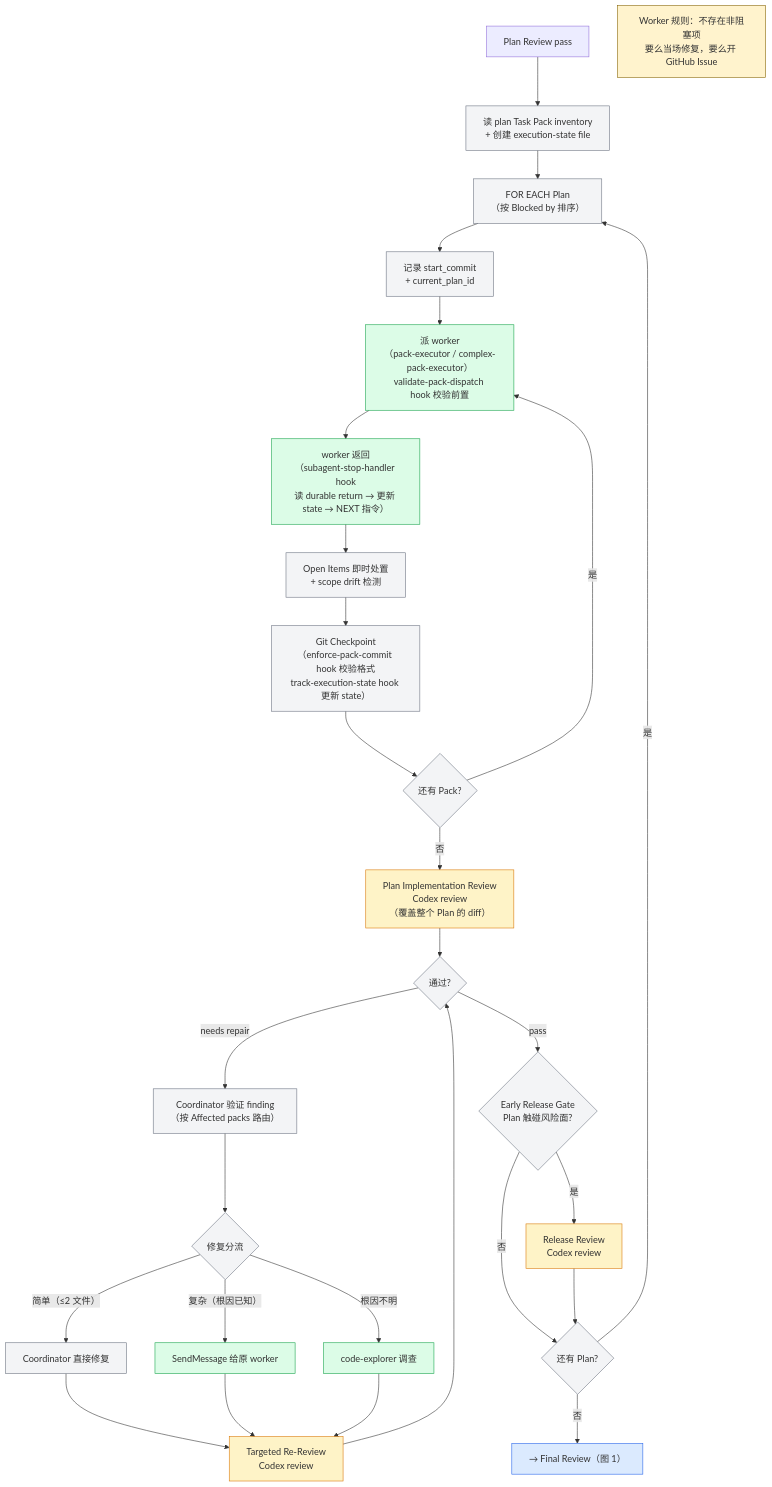
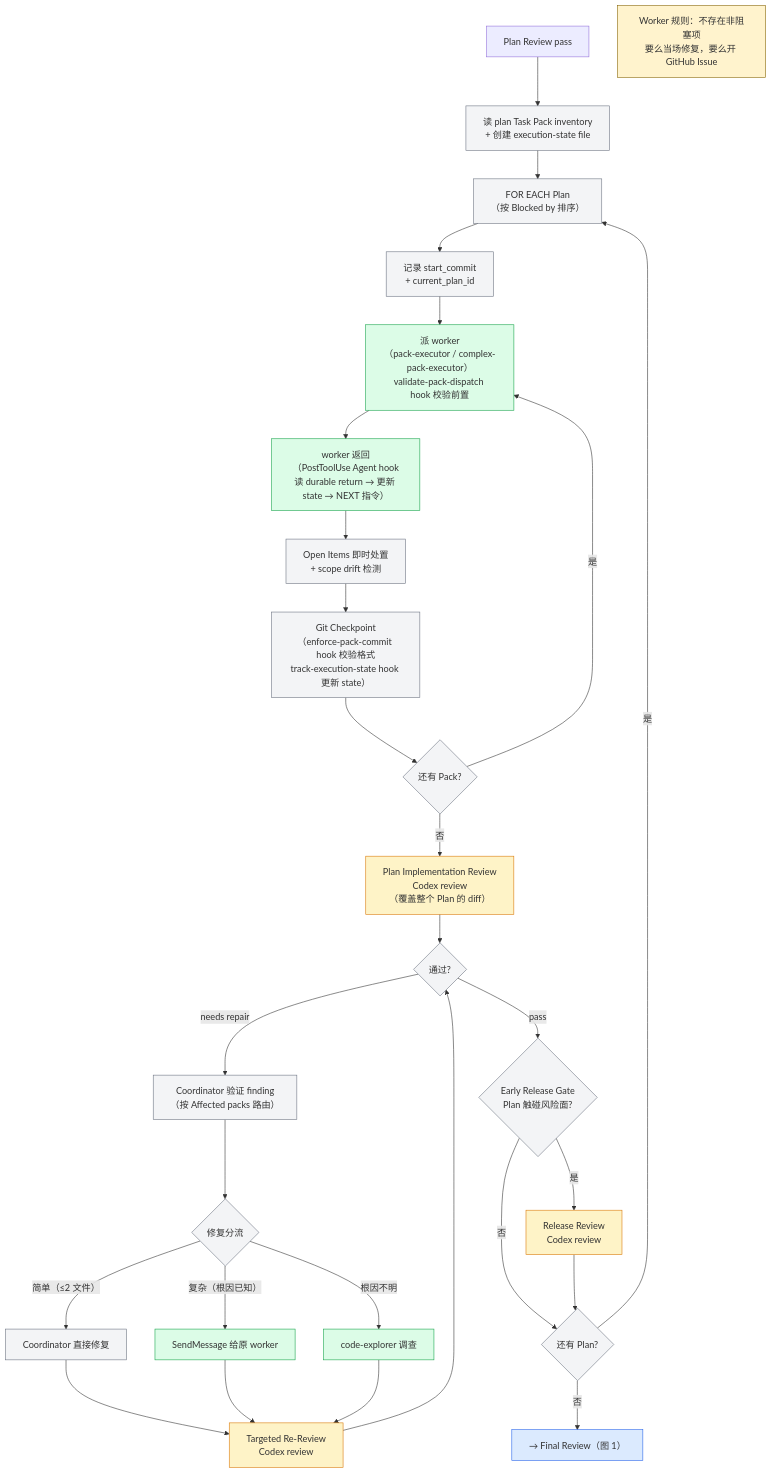
Before and after one commit to chancheuklap/multi-model-workflow: the second of 4 diagrams in plugin-v2/architecture-draft.md, drawn with Mermaid. The commit also changed other lines of this file and 9 other files, not shown here.

First line of the commit message:
fix: SubagentStop → PostToolUse Agent + Codex 审查修复

````diff
--- a/plugin-v2/architecture-draft.md
+++ b/plugin-v2/architecture-draft.md
@@ -101,39 +101,39 @@
 ```mermaid
 flowchart TD
     classDef skill fill:#dbeafe,stroke:#2563eb
     classDef agent fill:#dcfce7,stroke:#16a34a
     classDef review fill:#fef3c7,stroke:#d97706
     classDef coord fill:#f3f4f6,stroke:#6b7280
 
     A["Plan Review pass"] --> B["读 plan Task Pack inventory\n+ 创建 execution-state file"]:::coord
     B --> PL["FOR EACH Plan\n（按 Blocked by 排序）"]:::coord
     PL --> SC["记录 start_commit\n+ current_plan_id"]:::coord
     SC --> C["派 worker\n（pack-executor / complex-pack-executor）\nvalidate-pack-dispatch hook 校验前置"]:::agent
-    C --> D["worker 返回\n（subagent-stop-handler hook\n读 durable return → 更新 state → NEXT 指令）"]:::agent
+    C --> D["worker 返回\n（PostToolUse Agent hook\n读 durable return → 更新 state → NEXT 指令）"]:::agent
     D --> OI["Open Items 即时处置\n+ scope drift 检测"]:::coord
     OI --> GC["Git Checkpoint\n（enforce-pack-commit hook 校验格式\ntrack-execution-state hook 更新 state）"]:::coord
     GC --> MORE{"还有 Pack?"}:::coord
     MORE -->|"是"| C
     MORE -->|"否"| PIR["Plan Implementation Review\nCodex review\n（覆盖整个 Plan 的 diff）"]:::review
     PIR --> F{"通过?"}:::coord
     F -->|"needs repair"| V["Coordinator 验证 finding\n（按 Affected packs 路由）"]:::coord
     V --> T{"修复分流"}:::coord
     T -->|"简单（≤2 文件）"| S["Coordinator 直接修复"]:::coord
     T -->|"复杂（根因已知）"| R["SendMessage 给原 worker"]:::agent
     T -->|"根因不明"| RCA["code-explorer 调查"]:::agent
     S --> RE["Targeted Re-Review\nCodex review"]:::review
     R --> RE
     RCA --> RE
     RE --> F
 
     F -->|"pass"| RG{"Early Release Gate\nPlan 触碰风险面?"}:::coord
     RG -->|"是"| RGR["Release Review\nCodex review"]:::review
     RG -->|"否"| NP
     RGR --> NP
     NP{"还有 Plan?"}:::coord
     NP -->|"是"| PL
     NP -->|"否"| K["→ Final Review（图 1）"]:::skill
 
     RULE["Worker 规则：不存在非阻塞项\n要么当场修复，要么开 GitHub Issue"]
     style RULE fill:#fff3cd,stroke:#856404
 ```
````
